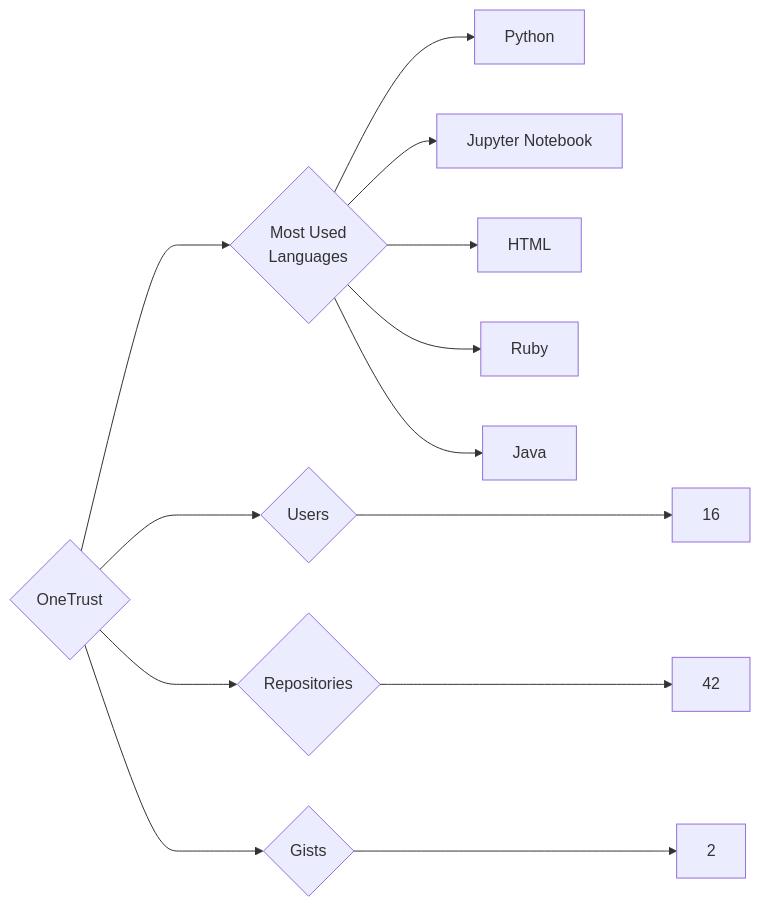
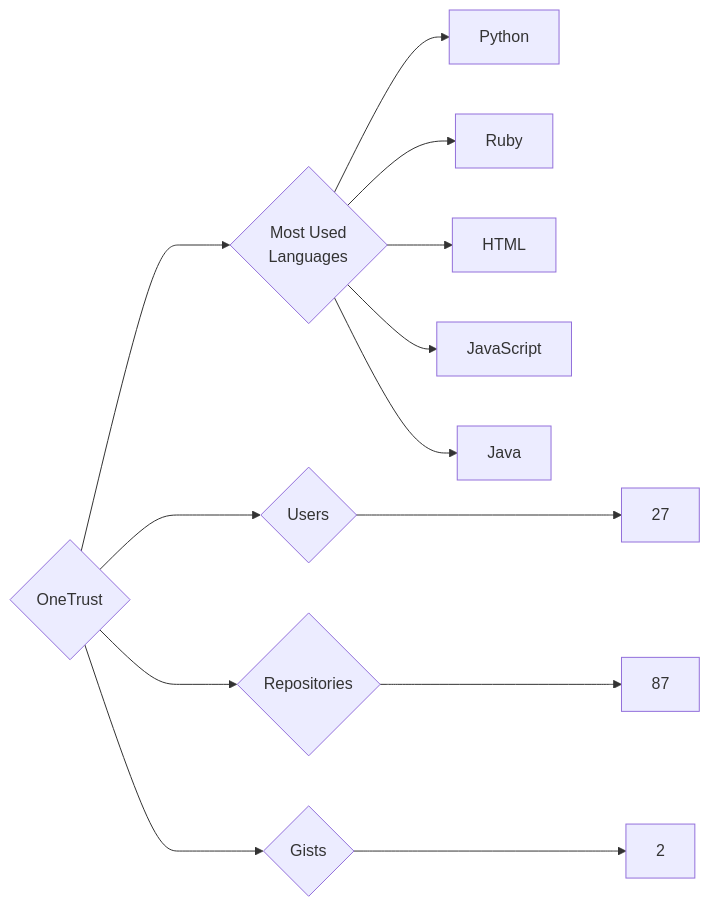
One commit to trickest/insiders changed the diagram in targets/OneTrust/README.md. Above: the diagram before and after it, drawn with Mermaid. The commit also changed 860 other files, not shown here.

````diff
--- a/targets/OneTrust/README.md
+++ b/targets/OneTrust/README.md
@@ -3,13 +3,13 @@
 ```mermaid
 graph LR
 COMPANY_NAME{OneTrust}
-COMPANY_NAME ---> U{Users} ---> UN[16]
-COMPANY_NAME ---> R{Repositories} ---> RN[42]
+COMPANY_NAME ---> U{Users} ---> UN[27]
+COMPANY_NAME ---> R{Repositories} ---> RN[87]
 COMPANY_NAME ---> G{Gists} ---> GN[2]
 COMPANY_NAME ---> ML{Most Used<br>Languages}
 ML --> Python[Python]
-ML --> Jupyter_Notebook[Jupyter Notebook]
+ML --> Ruby[Ruby]
 ML --> HTML[HTML]
-ML --> Ruby[Ruby]
+ML --> JavaScript[JavaScript]
 ML --> Java[Java]
 ```
````
